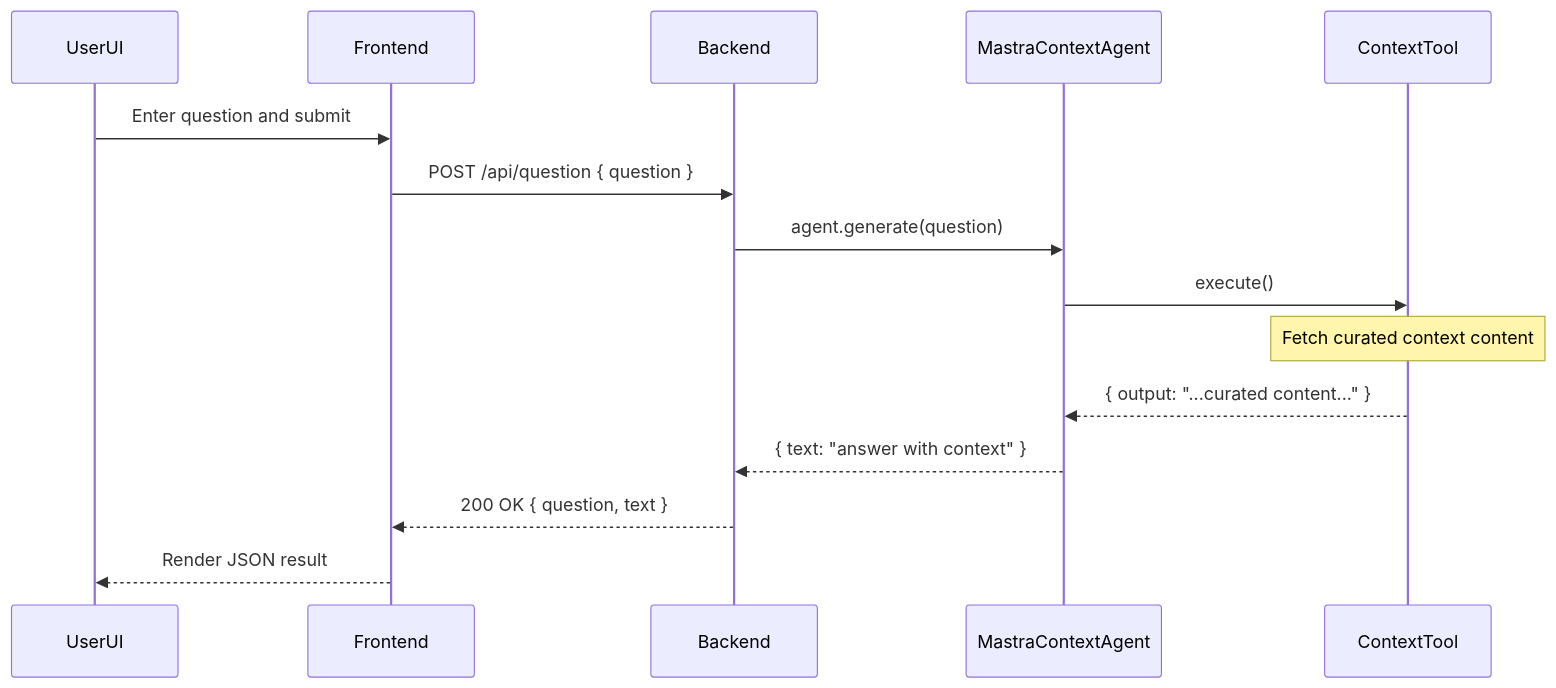
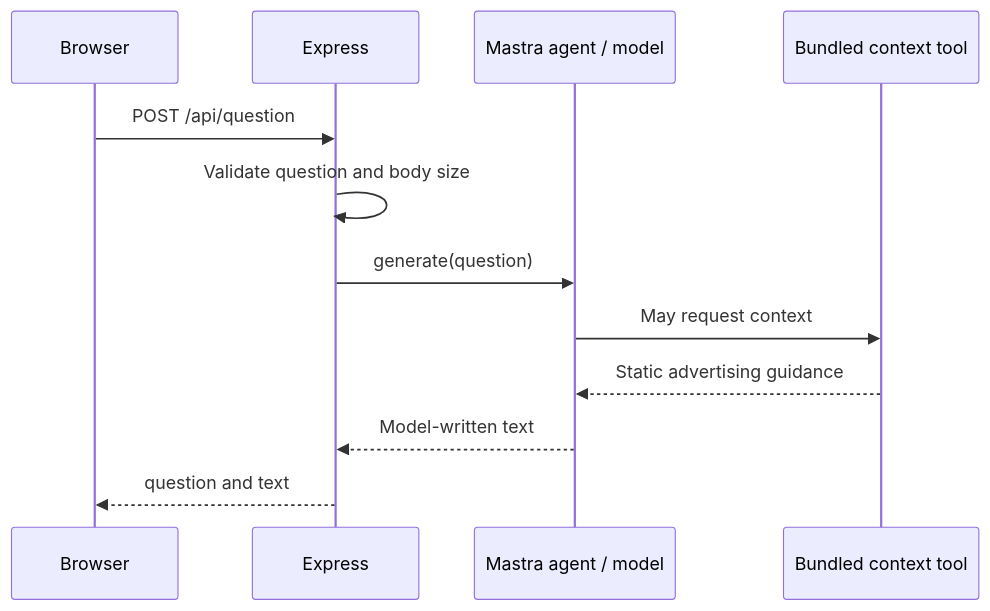
The diagram in README.md (dev-nezuko/mastra-agent-demo-app), drawn with Mermaid before and after one commit. The commit also changed other lines of this file and 19 other files, not shown here.

````diff
--- a/README.md
+++ b/README.md
@@ -50,18 +15,14 @@
 ```mermaid
 sequenceDiagram
-  participant U as UserUI
-  participant FE as Frontend
-  participant BE as Backend
-  participant M as MastraContextAgent
-  participant T as ContextTool
-
-  U->>FE: Enter question and submit
-  FE->>BE: POST /api/question { question }
-  BE->>M: agent.generate(question)
-  M->>T: execute()
-  Note over T: Fetch curated context content
-  T-->>M: { output: "...curated content..." }
-  M-->>BE: { text: "answer with context" }
-  BE-->>FE: 200 OK { question, text }
-  FE-->>U: Render JSON result
+  participant Browser
+  participant Express
+  participant Agent as Mastra agent / model
+  participant Tool as Bundled context tool
+  Browser->>Express: POST /api/question
+  Express->>Express: Validate question and body size
+  Express->>Agent: generate(question)
+  Agent->>Tool: May request context
+  Tool-->>Agent: Static advertising guidance
+  Agent-->>Express: Model-written text
+  Express-->>Browser: question and text
 ```
````
